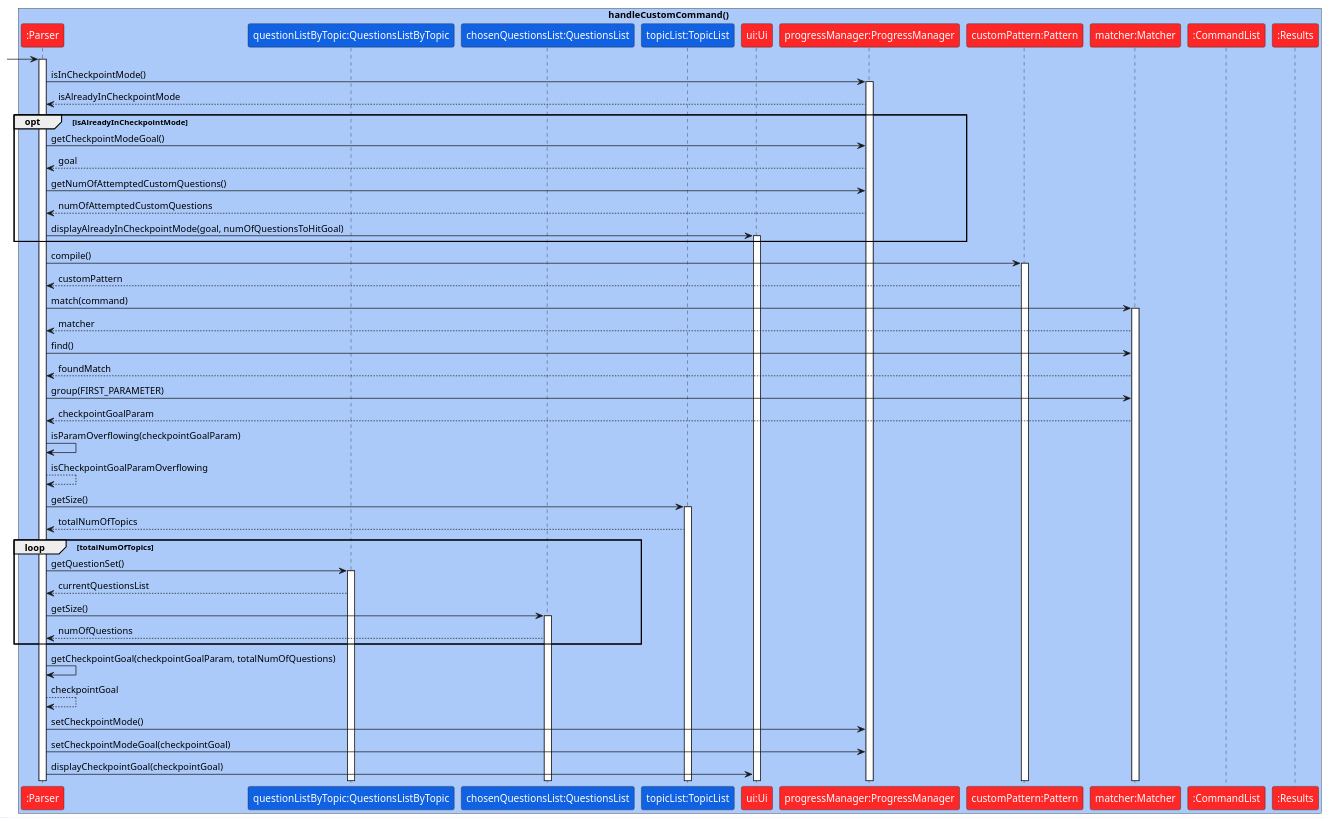
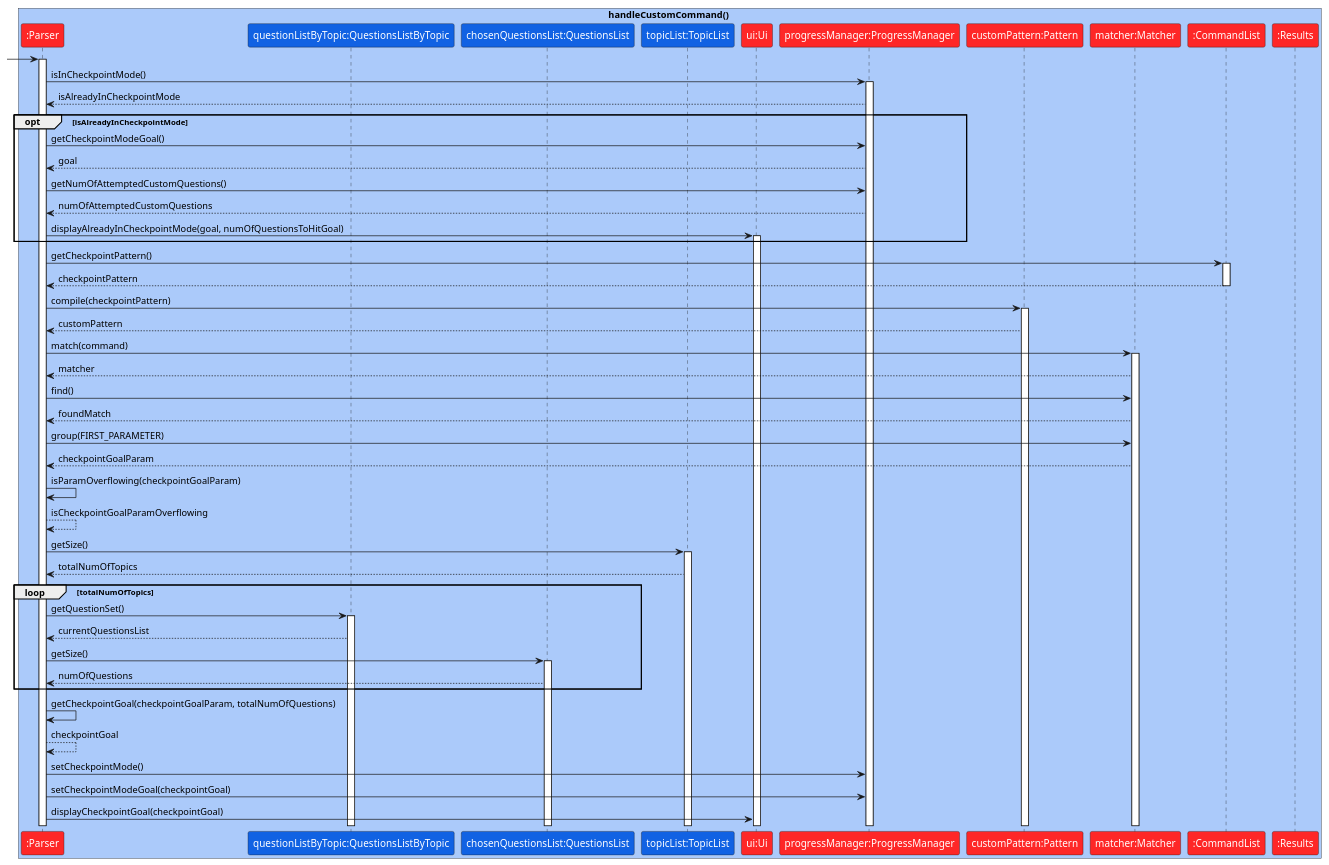
Before and after one commit to yuhengr/tp: the diagram in docs/diagrams/Checkpoint.puml, drawn with PlantUML. The commit also changed 2 other files, not shown here.

Commit message:
Fix errors in puml for custom, checkpoint and clear

```diff
--- a/docs/diagrams/Checkpoint.puml
+++ b/docs/diagrams/Checkpoint.puml
@@ -1,70 +1,75 @@
 @startuml
 skinparam ParticipantFontColor #FFFFFF
 
 box handleCustomCommand() #ABCAFA
 participant ":Parser" as Parser #FE2727
 participant "questionListByTopic:QuestionsListByTopic" as QuestionsListByTopic #1162E3
 participant "chosenQuestionsList:QuestionsList" as QuestionsList #1162E3
 participant "topicList:TopicList" as TopicList #1162E3
 participant "ui:Ui" as Ui #FE2727
 participant "progressManager:ProgressManager" as ProgressManager #FE2727
 participant "customPattern:Pattern" as Pattern #FE2727
 participant "matcher:Matcher" as Matcher #FE2727
 participant ":CommandList" as CommandList #FE2727
 participant ":Results" as Results #FE2727
 end box
 
 -> Parser
 activate Parser
 
 Parser -> ProgressManager : isInCheckpointMode()
 activate ProgressManager
 ProgressManager --> Parser : isAlreadyInCheckpointMode
 
 opt isAlreadyInCheckpointMode
     Parser -> ProgressManager : getCheckpointModeGoal()
     ProgressManager --> Parser : goal
     Parser -> ProgressManager : getNumOfAttemptedCustomQuestions()
     ProgressManager --> Parser : numOfAttemptedCustomQuestions
     Parser -> Ui : displayAlreadyInCheckpointMode(goal, numOfQuestionsToHitGoal)
     activate Ui
 end
 
-Parser -> Pattern : compile()
+Parser -> CommandList : getCheckpointPattern()
+activate CommandList
+CommandList --> Parser : checkpointPattern
+deactivate CommandList
+
+Parser -> Pattern : compile(checkpointPattern)
 activate Pattern
 Pattern --> Parser : customPattern
 
 Parser -> Matcher : match(command)
 activate Matcher
 Matcher --> Parser : matcher
 
 Parser -> Matcher : find()
 Matcher --> Parser : foundMatch
 
 Parser -> Matcher : group(FIRST_PARAMETER)
 Matcher --> Parser : checkpointGoalParam
 
 Parser -> Parser : isParamOverflowing(checkpointGoalParam)
 Parser --> Parser : isCheckpointGoalParamOverflowing
 
 Parser -> TopicList : getSize()
 activate TopicList
 TopicList --> Parser : totalNumOfTopics
 
 loop totalNumOfTopics
     Parser -> QuestionsListByTopic : getQuestionSet()
     activate QuestionsListByTopic
     QuestionsListByTopic --> Parser : currentQuestionsList
     Parser -> QuestionsList : getSize()
     activate QuestionsList
     QuestionsList --> Parser : numOfQuestions
 end
 
 Parser -> Parser : getCheckpointGoal(checkpointGoalParam, totalNumOfQuestions)
 Parser --> Parser : checkpointGoal
 
 Parser -> ProgressManager : setCheckpointMode()
 Parser -> ProgressManager : setCheckpointModeGoal(checkpointGoal)
 Parser -> Ui : displayCheckpointGoal(checkpointGoal)
 
 @enduml
```
